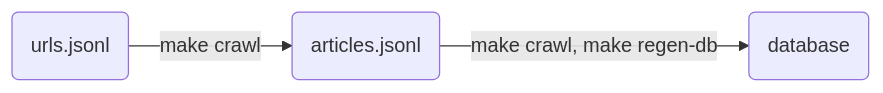
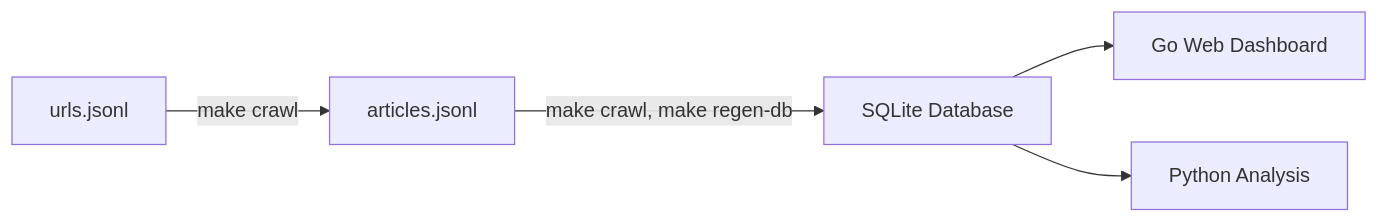
The diagram in README.md (ADGEfficiency/climate-news-db), drawn with Mermaid before and after one commit. The commit also changed other lines of this file, not shown here.

````diff
--- a/README.md
+++ b/README.md
@@ -40,5 +70,7 @@
 ```mermaid
 graph LR
-  1(urls.jsonl) -->|make crawl| 2(articles.jsonl)
-  2(articles.jsonl) -->|make crawl, make regen-db| 3(database)
+    A[urls.jsonl] -->|make crawl| B[articles.jsonl]
+    B -->|make crawl, make regen-db| C[SQLite Database]
+    C --> D[Go Web Dashboard]
+    C --> E[Python Analysis]
 ```
````
